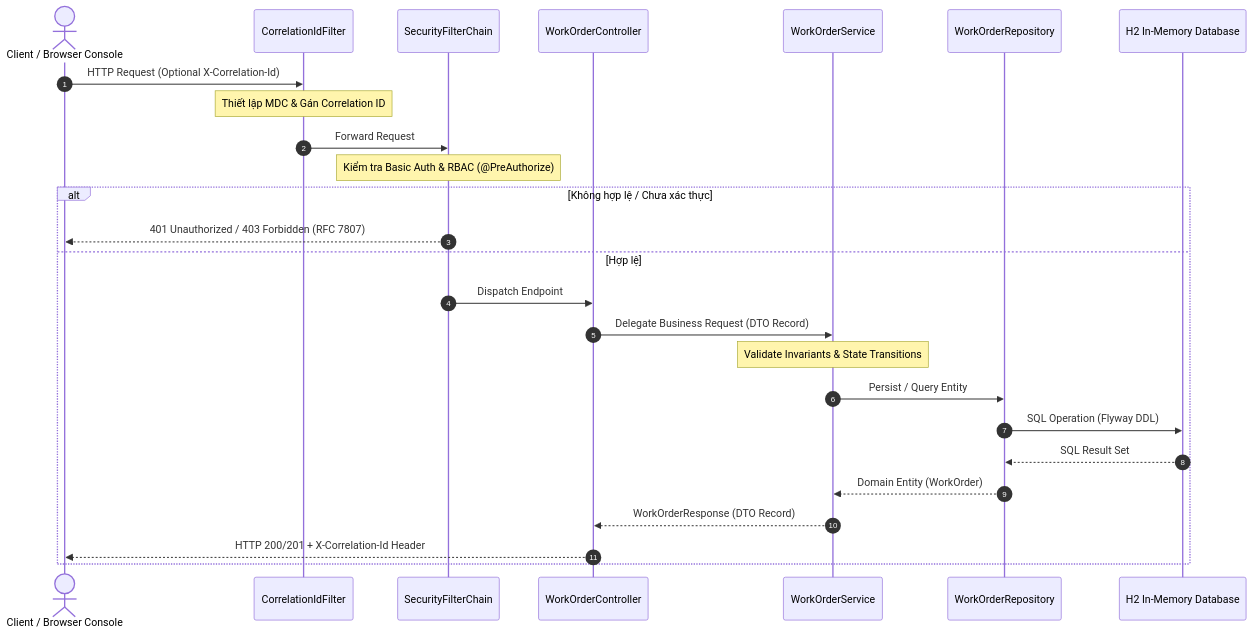
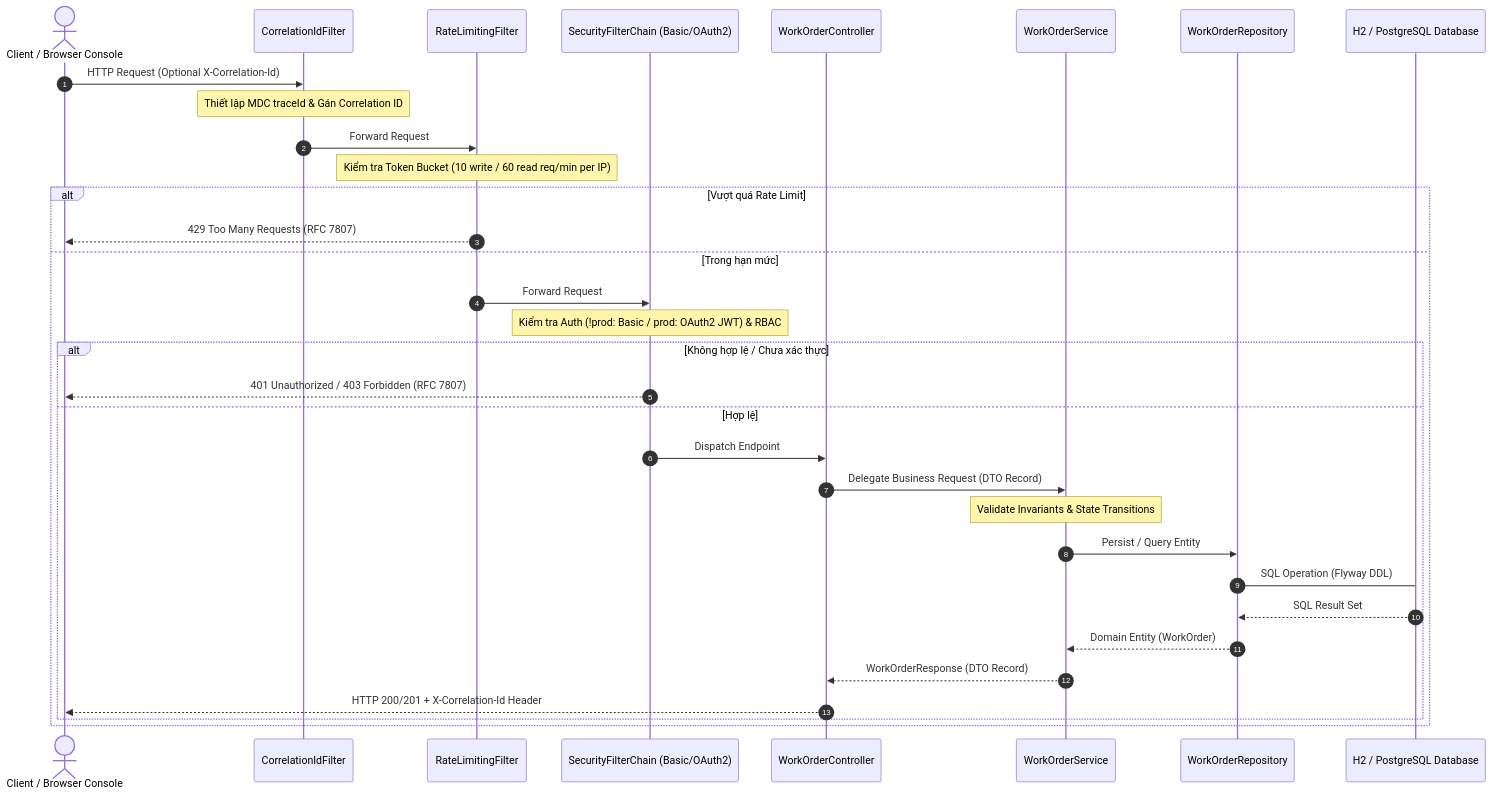
One commit to duongbaphuc/ai-native-oms-api changed the first of 3 diagrams in docs/08-SYSTEM_HANDOVER.md. Above: the diagram before and after it, drawn with Mermaid. The commit also changed other lines of this file and 7 other files, not shown here.

````diff
--- a/docs/08-SYSTEM_HANDOVER.md
+++ b/docs/08-SYSTEM_HANDOVER.md
@@ -58,29 +58,36 @@
 ```mermaid
 sequenceDiagram
     autonumber
     actor Client as Client / Browser Console
     participant CIF as CorrelationIdFilter
-    participant SEC as SecurityFilterChain
+    participant RLF as RateLimitingFilter
+    participant SEC as SecurityFilterChain (Basic/OAuth2)
     participant WOC as WorkOrderController
     participant WOS as WorkOrderService
     participant WOR as WorkOrderRepository
-    participant H2DB as H2 In-Memory Database
+    participant H2DB as H2 / PostgreSQL Database
 
     Client->>CIF: HTTP Request (Optional X-Correlation-Id)
-    Note over CIF: Thiết lập MDC & Gán Correlation ID
-    CIF->>SEC: Forward Request
-    Note over SEC: Kiểm tra Basic Auth & RBAC (@PreAuthorize)
-    alt Không hợp lệ / Chưa xác thực
-        SEC-->>Client: 401 Unauthorized / 403 Forbidden (RFC 7807)
-    else Hợp lệ
-        SEC->>WOC: Dispatch Endpoint
-        WOC->>WOS: Delegate Business Request (DTO Record)
-        Note over WOS: Validate Invariants & State Transitions
-        WOS->>WOR: Persist / Query Entity
-        WOR->>H2DB: SQL Operation (Flyway DDL)
-        H2DB-->>WOR: SQL Result Set
-        WOR-->>WOS: Domain Entity (WorkOrder)
-        WOS-->>WOC: WorkOrderResponse (DTO Record)
-        WOC-->>Client: HTTP 200/201 + X-Correlation-Id Header
+    Note over CIF: Thiết lập MDC traceId & Gán Correlation ID
+    CIF->>RLF: Forward Request
+    Note over RLF: Kiểm tra Token Bucket (10 write / 60 read req/min per IP)
+    alt Vượt quá Rate Limit
+        RLF-->>Client: 429 Too Many Requests (RFC 7807)
+    else Trong hạn mức
+        RLF->>SEC: Forward Request
+        Note over SEC: Kiểm tra Auth (!prod: Basic / prod: OAuth2 JWT) & RBAC
+        alt Không hợp lệ / Chưa xác thực
+            SEC-->>Client: 401 Unauthorized / 403 Forbidden (RFC 7807)
+        else Hợp lệ
+            SEC->>WOC: Dispatch Endpoint
+            WOC->>WOS: Delegate Business Request (DTO Record)
+            Note over WOS: Validate Invariants & State Transitions
+            WOS->>WOR: Persist / Query Entity
+            WOR->H2DB: SQL Operation (Flyway DDL)
+            H2DB-->>WOR: SQL Result Set
+            WOR-->>WOS: Domain Entity (WorkOrder)
+            WOS-->>WOC: WorkOrderResponse (DTO Record)
+            WOC-->>Client: HTTP 200/201 + X-Correlation-Id Header
+        end
     end
 ```
````
